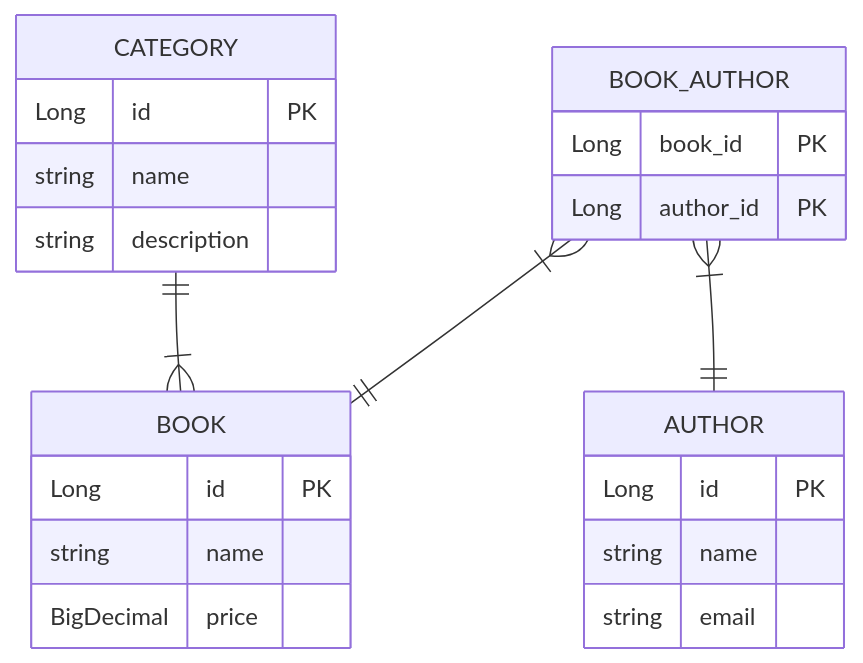
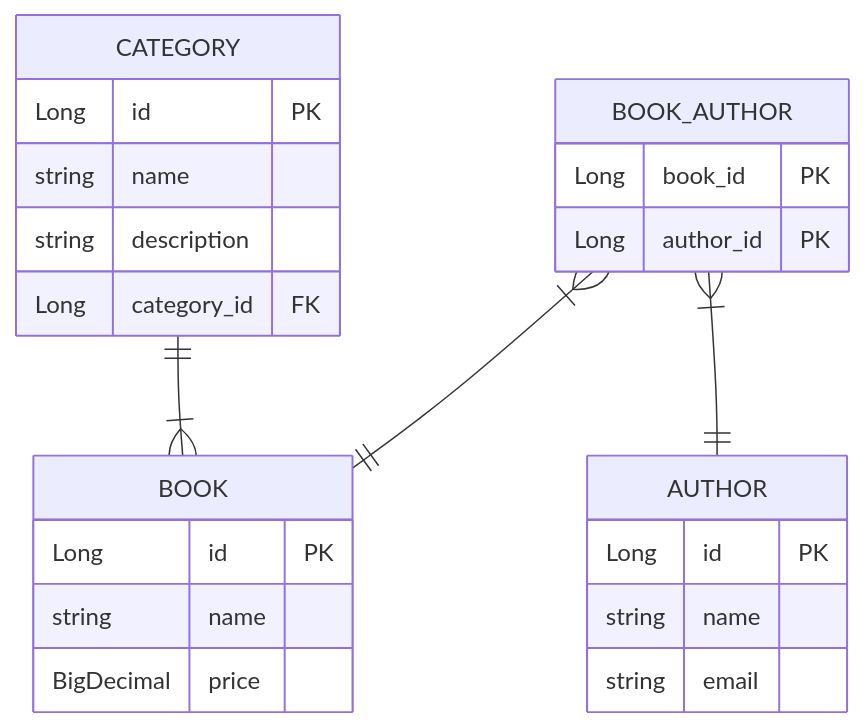
One commit to Zeyad2003/Library-System-Crud changed the diagram in README.md. Above: the diagram before and after it, drawn with Mermaid.

Commit message:
Update the README file

````diff
--- a/README.md
+++ b/README.md
@@ -14,30 +14,31 @@
 ```mermaid
 erDiagram
     CATEGORY ||--|{ BOOK : ""
     BOOK_AUTHOR }|--|| AUTHOR: ""
     BOOK_AUTHOR }|--|| BOOK: ""
     
 
     BOOK {
         Long id PK
         string name
         BigDecimal price
     }
 
     AUTHOR {
         Long id PK
         string name
         string email
     }
 
     BOOK_AUTHOR {
         Long book_id PK
         Long author_id PK
     }
 
     CATEGORY {
         Long id PK
         string name
         string description
+        Long category_id FK
     }
 ```
````
